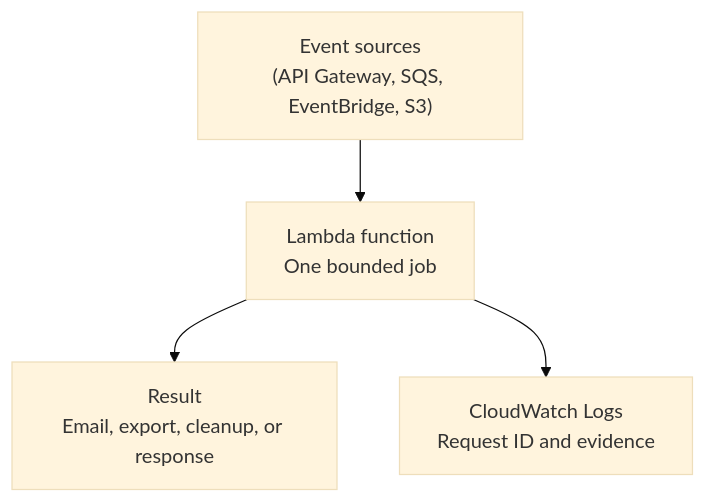
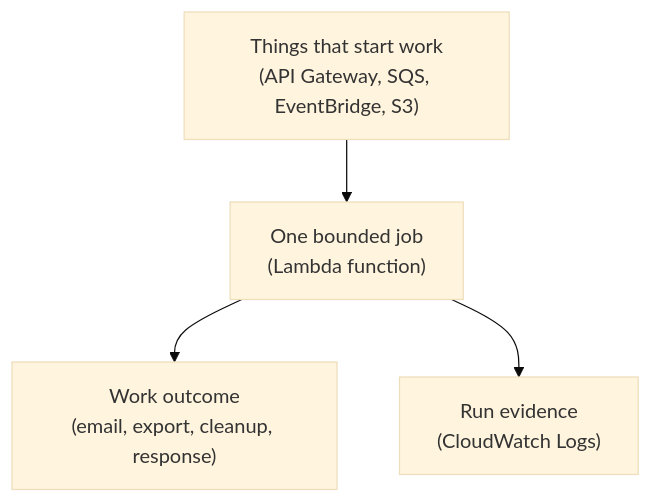
One commit to senlinyy/dev-roadmaps changed the diagram in cloud-providers/aws/compute-application-hosting/lambda-and-event-driven-compute.md. Above: the diagram before and after it, drawn with Mermaid (base theme). The commit also changed 89 other files, not shown here.

````diff
--- a/cloud-providers/aws/compute-application-hosting/lambda-and-event-driven-compute.md
+++ b/cloud-providers/aws/compute-application-hosting/lambda-and-event-driven-compute.md
@@ -263,11 +263,11 @@
 ```mermaid
 flowchart TD
-    EVENTS["Event sources<br/>(API Gateway, SQS, EventBridge, S3)"]
-    LAMBDA["Lambda function<br/>One bounded job"]
-    LOGS["CloudWatch Logs<br/>Request ID and evidence"]
-    RESULT["Result<br/>Email, export, cleanup, or response"]
+    EVENTS["Things that start work<br/>(API Gateway, SQS, EventBridge, S3)"]
+    LAMBDA["One bounded job<br/>(Lambda function)"]
+    LOGS["Run evidence<br/>(CloudWatch Logs)"]
+    RESULT["Work outcome<br/>(email, export, cleanup, response)"]
 
     EVENTS --> LAMBDA
     LAMBDA --> RESULT
     LAMBDA --> LOGS
 ```
````
